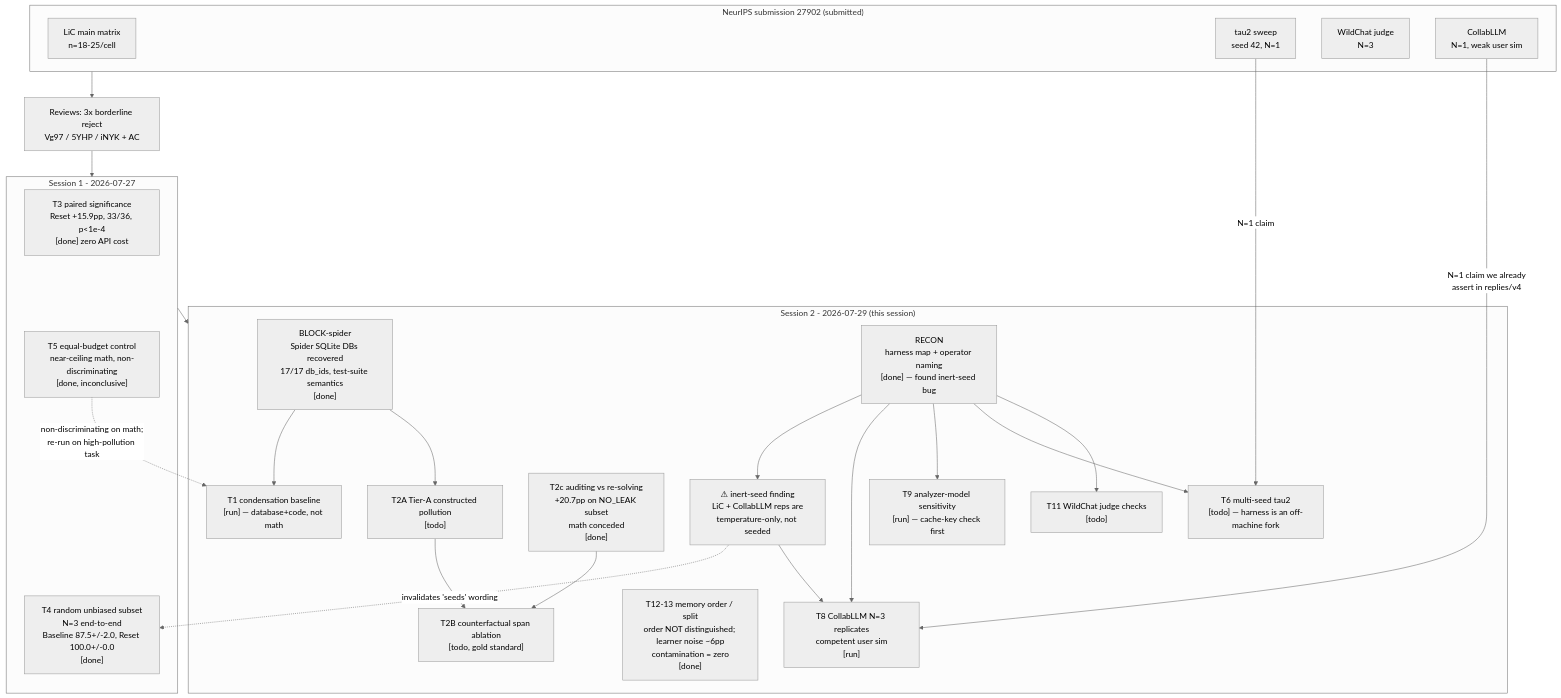
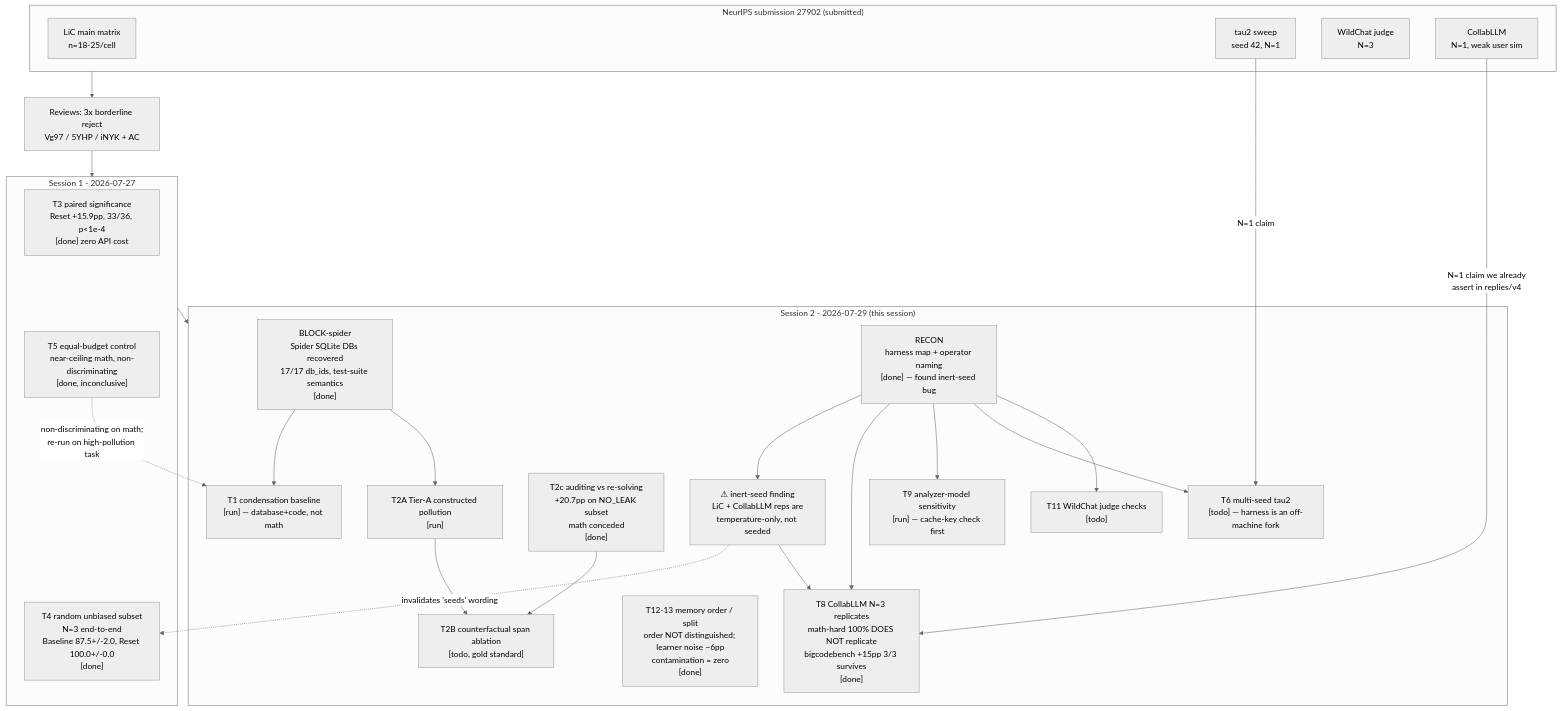
The diagram in neurips_review/autoresearch/PROVENANCE.md (matt-seb-ho/ctx_editor), drawn with Mermaid (neutral theme) before and after one commit. The commit also changed other lines of this file and 5 other files, not shown here.

Commit message:
feat(rebuttal): T8 results — strike math-hard 100%, bigcodebench strengthened; dispatch T2A

````diff
--- a/neurips_review/autoresearch/PROVENANCE.md
+++ b/neurips_review/autoresearch/PROVENANCE.md
@@ -11,51 +11,51 @@
 ```mermaid
 graph TD
   subgraph PAPER["NeurIPS submission 27902 (submitted)"]
     P0["LiC main matrix<br/>n=18-25/cell"]
     P1["tau2 sweep<br/>seed 42, N=1"]
     P2["WildChat judge<br/>N=3"]
     P3["CollabLLM<br/>N=1, weak user sim"]
   end
 
   R["Reviews: 3x borderline reject<br/>Vg97 / 5YHP / iNYK + AC"]
   PAPER --> R
 
   subgraph S1["Session 1 - 2026-07-27"]
     T3["T3 paired significance<br/>Reset +15.9pp, 33/36, p&lt;1e-4<br/>[done] zero API cost"]
     T4["T4 random unbiased subset<br/>N=3 end-to-end<br/>Baseline 87.5+/-2.0, Reset 100.0+/-0.0<br/>[done]"]
     T5["T5 equal-budget control<br/>near-ceiling math, non-discriminating<br/>[done, inconclusive]"]
   end
   R --> S1
 
   subgraph S2["Session 2 - 2026-07-29 (this session)"]
     BLK["BLOCK-spider<br/>Spider SQLite DBs recovered<br/>17/17 db_ids, test-suite semantics<br/>[done]"]
     RC["RECON<br/>harness map + operator naming<br/>[done] — found inert-seed bug"]
-    T8["T8 CollabLLM N=3 replicates<br/>competent user sim<br/>[run]"]
+    T8["T8 CollabLLM N=3 replicates<br/>math-hard 100% DOES NOT replicate<br/>bigcodebench +15pp 3/3 survives<br/>[done]"]
     T9["T9 analyzer-model sensitivity<br/>[run] — cache-key check first"]
-    T2A["T2A Tier-A constructed pollution<br/>[todo]"]
+    T2A["T2A Tier-A constructed pollution<br/>[run]"]
     T2C["T2c auditing vs re-solving<br/>+20.7pp on NO_LEAK subset<br/>math conceded<br/>[done]"]
     T1["T1 condensation baseline<br/>[run] — database+code, not math"]
     T11["T11 WildChat judge checks<br/>[todo]"]
     T12["T12-13 memory order / split<br/>order NOT distinguished; learner noise ~6pp<br/>contamination = zero<br/>[done]"]
     T6["T6 multi-seed tau2<br/>[todo] — harness is an off-machine fork"]
     T2B["T2B counterfactual span ablation<br/>[todo, gold standard]"]
     SEED["⚠ inert-seed finding<br/>LiC + CollabLLM reps are<br/>temperature-only, not seeded"]
   end
   S1 --> S2
 
   RC --> SEED
   SEED -.->|"invalidates 'seeds' wording"| T4
   SEED --> T8
   RC --> T8
   RC --> T9
   RC --> T6
   RC --> T11
   BLK --> T1
   BLK --> T2A
   T5 -.->|"non-discriminating on math;<br/>re-run on high-pollution task"| T1
   T2A --> T2B
   T2C --> T2B
 
   P3 -->|"N=1 claim we already<br/>assert in replies/v4"| T8
   P1 -->|"N=1 claim"| T6
 ```
````
